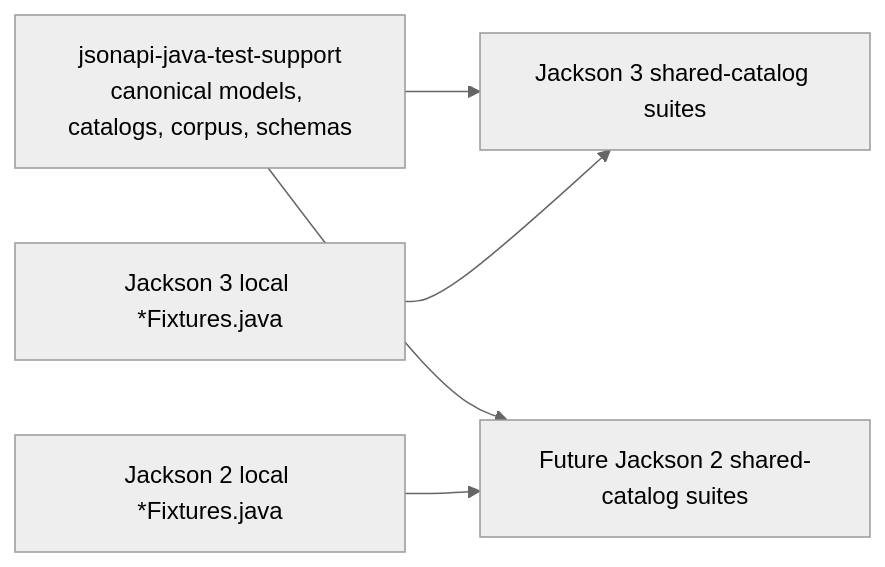
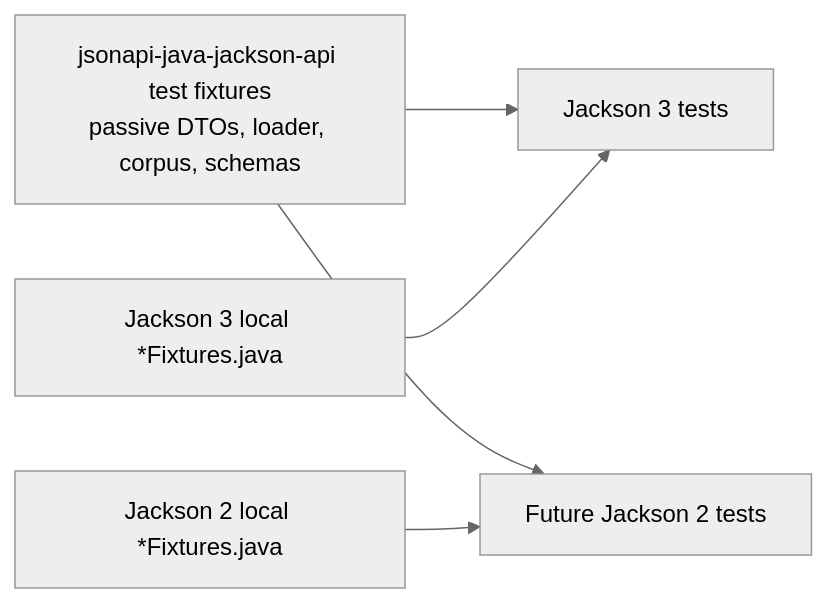
One commit to kazemek/jsonapi-java changed the sixth of 6 diagrams in docs/architecture.md. Above: the diagram before and after it, drawn with Mermaid (neutral theme). The commit also changed other lines of this file and 508 other files, not shown here.

First line of the commit message:
refactor(test): remove obsolete shared test support

````diff
--- a/docs/architecture.md
+++ b/docs/architecture.md
@@ -254,7 +253,7 @@
 ```mermaid
 flowchart LR
-  TS["jsonapi-java-test-support<br/>canonical models, catalogs, corpus, schemas"] --> J3["Jackson 3 shared-catalog suites"]
-  TS --> J2["Future Jackson 2 shared-catalog suites"]
+  FX["jsonapi-java-jackson-api test fixtures<br/>passive DTOs, loader, corpus, schemas"] --> J3["Jackson 3 tests"]
+  FX --> J2["Future Jackson 2 tests"]
   J3L["Jackson 3 local *Fixtures.java"] --> J3
   J2L["Jackson 2 local *Fixtures.java"] --> J2
 ```
````
